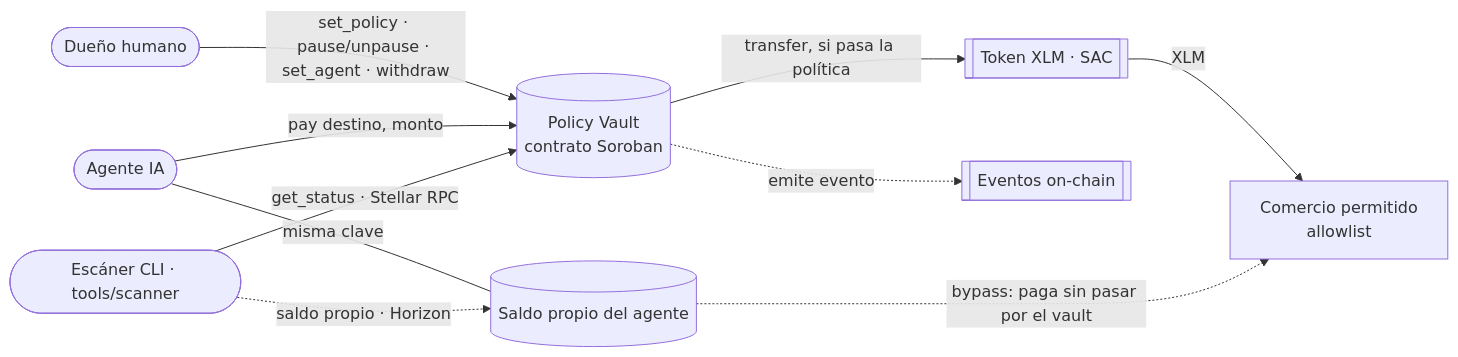
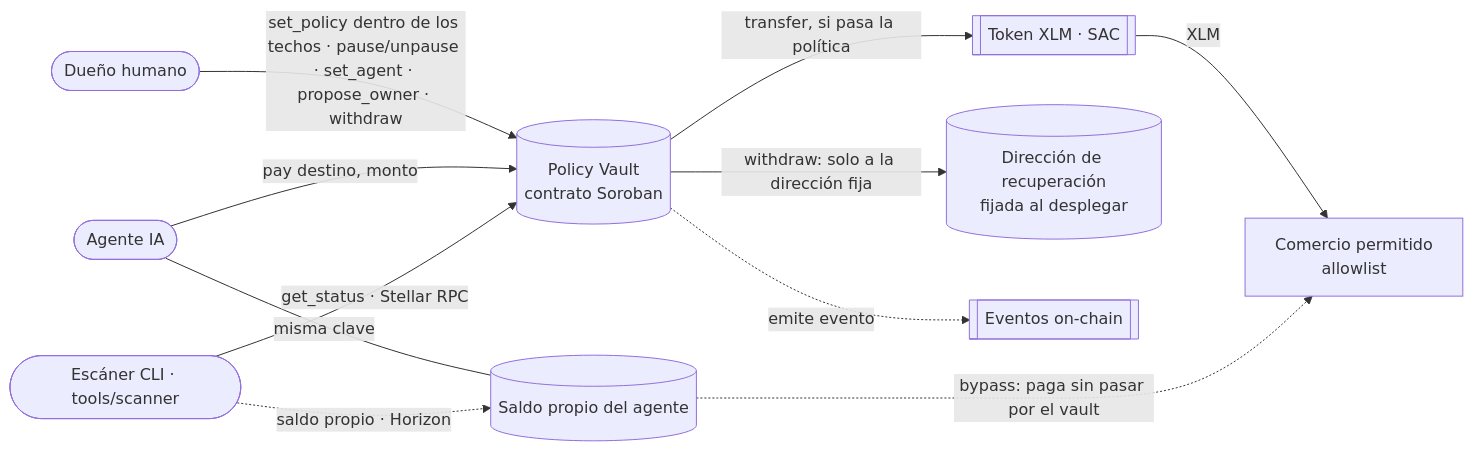
Before and after one commit to sandley7/CrimsonSentry: the first of 3 diagrams in docs/ARQUITECTURA.md, drawn with Mermaid. The commit also changed other lines of this file and 22 other files, not shown here.

````diff
--- a/docs/ARQUITECTURA.md
+++ b/docs/ARQUITECTURA.md
@@ -7,12 +7,13 @@
 ```mermaid
 flowchart LR
-    Owner([Dueño humano]) -->|set_policy · pause/unpause · set_agent · withdraw| Vault[(Policy Vault<br/>contrato Soroban)]
+    Owner([Dueño humano]) -->|set_policy dentro de los techos · pause/unpause · set_agent · propose_owner · withdraw| Vault[(Policy Vault<br/>contrato Soroban)]
     Agent([Agente IA]) -->|pay destino, monto| Vault
     Vault -->|transfer, si pasa la política| Token[[Token XLM · SAC]]
     Token -->|XLM| Dest[Comercio permitido<br/>allowlist]
+    Vault -->|withdraw: solo a la dirección fija| Recovery[(Dirección de recuperación<br/>fijada al desplegar)]
     Vault -.->|emite evento| Events[[Eventos on-chain]]
     Scanner([Escáner CLI · tools/scanner]) -->|get_status · Stellar RPC| Vault
     Agent ---|misma clave| Own[(Saldo propio del agente)]
     Own -.->|bypass: paga sin pasar por el vault| Dest
     Scanner -.->|saldo propio · Horizon| Own
 ```
````
